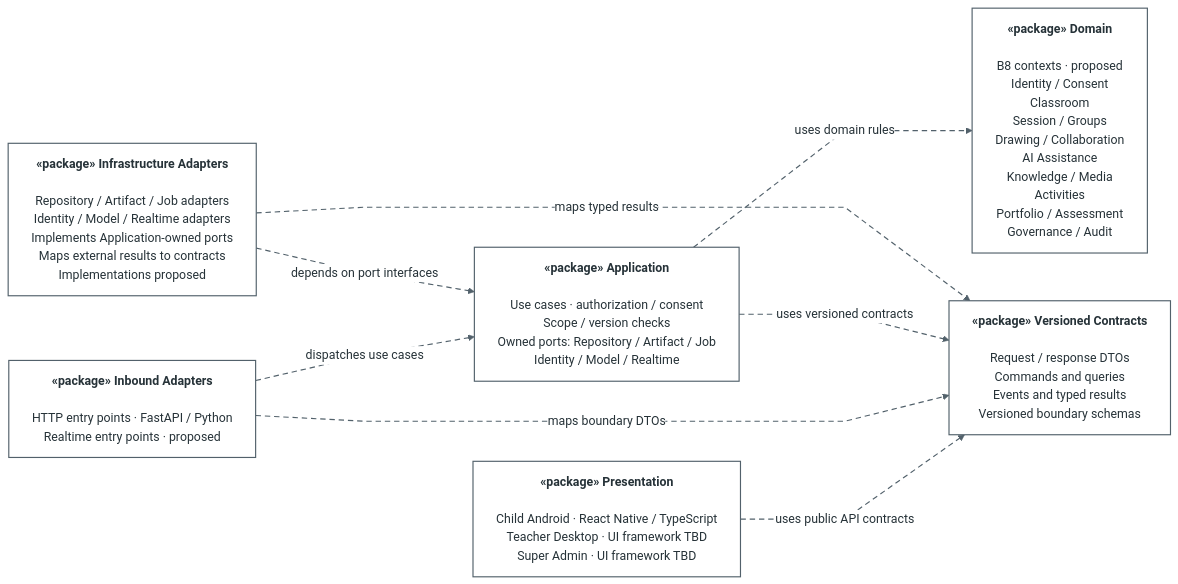
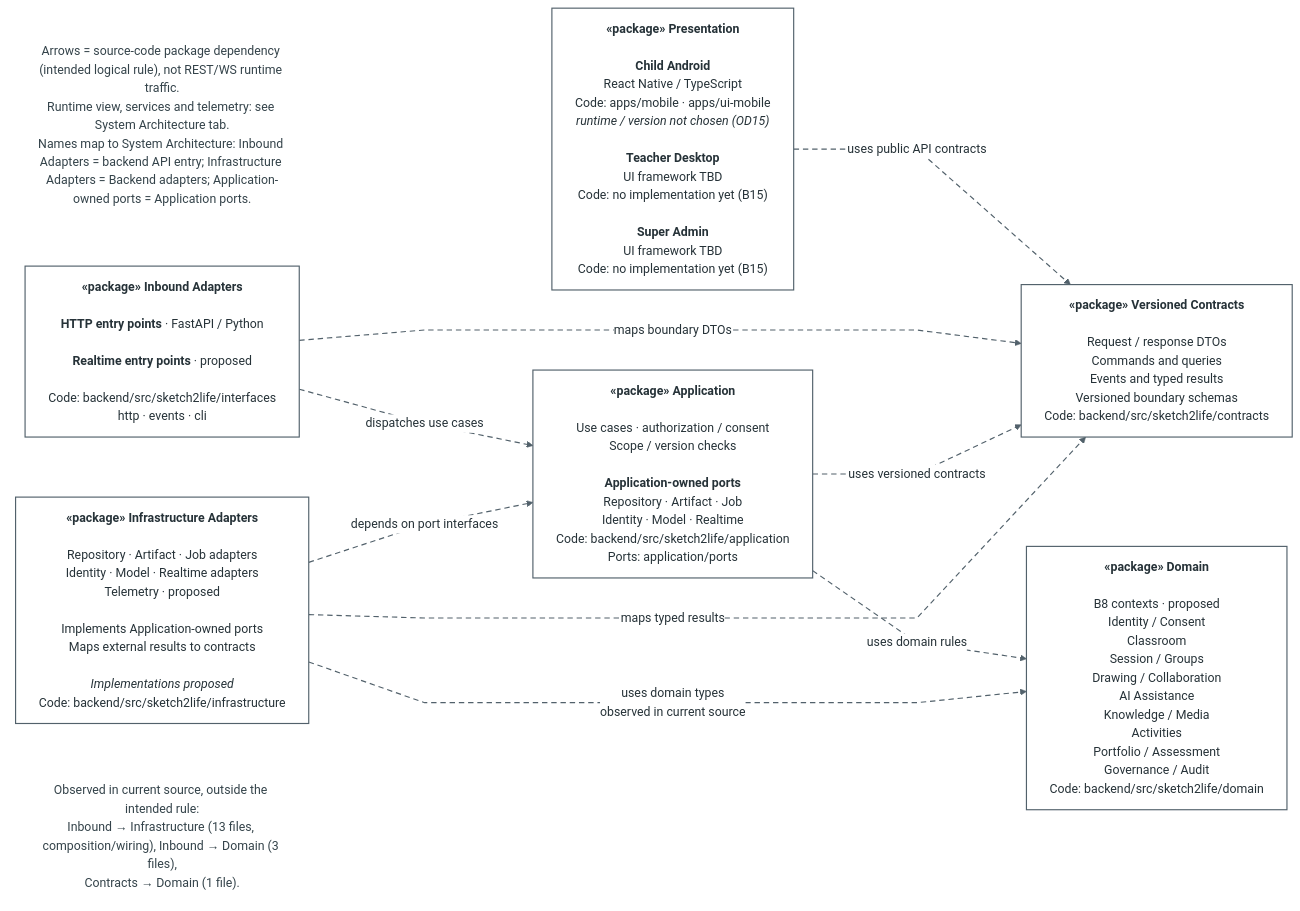
The diagram in features/FEAT-048-srs-diagram-pack/src/diagrams/package-diagram.mmd (CaoDat-2410/Sketch2Life), drawn with Mermaid before and after one commit.

Commit message:
fix(diagrams): align Package diagram with Architecture and source
Add the observed Infrastructure -> Domain edge, visible reading and
observed-deviation notes, verified Code: paths, and Telemetry (proposed).
Update header: six packages, eight edges, candidate Draw.io hashes.

```diff
--- a/features/FEAT-048-srs-diagram-pack/src/diagrams/package-diagram.mmd
+++ b/features/FEAT-048-srs-diagram-pack/src/diagrams/package-diagram.mmd
@@ -1,61 +1,73 @@
 ---
 config:
   theme: base
   look: classic
   flowchart:
     nodeSpacing: 60
     rankSpacing: 90
     curve: linear
     wrappingWidth: 340
   themeVariables:
     primaryColor: '#ffffff'
     primaryTextColor: '#263238'
     primaryBorderColor: '#ffffff'
     lineColor: '#52616b'
     clusterBkg: '#ffffff'
     clusterBorder: '#52616b'
     edgeLabelBackground: '#ffffff'
 ---
 %% Sketch2Life SRS v3.1 — Package Diagram, logical dependency view.
-%% SRS source: ../../../FEAT-029-master-srs/artifacts/Sketch2Life_Master_SRS.md ; B3/B8/B19.3, plus repository architecture layer/contract rules.
-%% Source register: collaborative-srs-v3-20261010. This is proposed logical decomposition, not a runtime/import/deployment inventory.
+%% SRS source: ../../../FEAT-029-master-srs/artifacts/Sketch2Life_Master_SRS.md ; B1.2/0.3, B3/B8/B15/B19.3, plus repository architecture layer/contract rules.
+%% Source register: collaborative-srs-v3-20261010. Intended logical rule plus one observed edge and an observed-deviation note.
 %% Draw.io: https://drive.google.com/file/d/1j-_R792jh-I1nC5B7FHwGDm3-yixPB6x/view ; tab Package Diagram.
-%% Draw.io artifact SHA-256: 371a32346bfafcdb1298bf3eae4637b6fb349e1cfc70f88ef7ad5d6a0314c6eb; exact Drive readback verified 2026-10-23.
-%% Package page XML SHA-256: 76bf4637653015e45d4c4d9ac014c0053fcaca09d4c1df91044c16d10192f520 (exact UTF-8 <diagram>...</diagram> fragment, excluding surrounding whitespace).
-%% Six packages; seven principal dependency signatures. Labeled package rectangles and flowchart arrow glyphs stand in for native UML folders/open dependencies.
-%% Every dashed open arrow is package dependence, not REST/WS traffic. No package-to-package realization is implied.
+%% Draw.io CANDIDATE artifact SHA-256: da30beb20157b313b89d1f761e8db2d8f47e0a83a3ce90de9554c912dc928313 (file Khoa_Sketch2Life_SRS_v3.1_Diagrams.drawio from the Package fix, built on an input file with SHA-256 70cc324d736dcef0d19b8b18196fc31904ed8e0c5ebe7676a8b14d0476dc0cbd; not yet uploaded to or read back from Drive; update this line then).
+%% Package page XML SHA-256: 50714aa3601f5f5ac66f1fe364a3396d1daa013a076ec7279b2d532c7f2aa465 (exact UTF-8 <diagram>...</diagram> fragment, excluding surrounding whitespace).
+%% Six packages; eight dependency signatures. Labeled package rectangles and flowchart arrow glyphs stand in for native UML folders/open dependencies.
+%% Every dashed open arrow is source-code package dependency, not REST/WS runtime traffic. No package-to-package realization is implied.
 %% Presentation relies on versioned public API contracts; this does not require shared compiled client/backend code.
-%% Domain has no dependency on UI, frameworks, providers, storage or contracts. Application owns its six port interfaces.
+%% Domain has no dependency on UI, frameworks, providers, storage or contracts. Application owns its port interfaces.
+%% Infrastructure -> Domain is observed in current source (3 files); other observed deviations appear in the note node, not as edges.
 %% The three product surfaces and Android React Native / TypeScript and FastAPI / Python facts are confirmed.
-%% Teacher/Admin frameworks remain TBD. B8 contexts, realtime entry and adapter implementations remain proposed.
+%% Teacher/Admin frameworks remain TBD.
+%% Child Android, Teacher Desktop and Super Admin are confirmed surfaces. Teacher/Admin have no new implementation yet (B15).
+%% Child Android source contains apps/mobile (RN 0.87 skeleton) and apps/ui-mobile (Expo 52 / RN 0.76.9 demo); runtime/version choice remains open (OD15).
+%% B8 contexts, realtime entry points, telemetry and adapter implementations remain proposed.
 %% Contract boundary shapes are distinct from domain entities; provider/model responses must be mapped and validated.
-%% Runtime protocols, separate worker process and provider/candidate choices remain in System Architecture v2.
+%% Runtime protocols, separate worker process, telemetry and provider/candidate choices remain in the System Architecture tab.
+%% Names map to System Architecture: Inbound Adapters = backend API entry; Infrastructure Adapters = Backend adapters; Application-owned ports = Application ports.
 
 flowchart LR
-    PRESENTATION["<b>«package» Presentation</b><br/><br/>Child Android · React Native / TypeScript<br/>Teacher Desktop · UI framework TBD<br/>Super Admin · UI framework TBD"]
+    NOTE_READING["Arrows = source-code package dependency (intended logical rule), not REST/WS runtime traffic.<br/>Runtime view, services and telemetry: see System Architecture tab.<br/>Names map to System Architecture: Inbound Adapters = backend API entry; Infrastructure Adapters = Backend adapters; Application-owned ports = Application ports."]
 
-    INBOUND["<b>«package» Inbound Adapters</b><br/><br/>HTTP entry points · FastAPI / Python<br/>Realtime entry points · proposed"]
+    PRESENTATION["<b>«package» Presentation</b><br/><br/><b>Child Android</b><br/>React Native / TypeScript<br/><span style='color:#52616B;font-size:16px'>Code: apps/mobile · apps/ui-mobile</span><br/><i><span style='color:#52616B;font-size:16px'>runtime / version not chosen (OD15)</span></i><br/><br/><b>Teacher Desktop</b><br/>UI framework TBD<br/><span style='color:#52616B;font-size:16px'>Code: no implementation yet (B15)</span><br/><br/><b>Super Admin</b><br/>UI framework TBD<br/><span style='color:#52616B;font-size:16px'>Code: no implementation yet (B15)</span>"]
 
-    APPLICATION["<b>«package» Application</b><br/><br/>Use cases · authorization / consent<br/>Scope / version checks<br/>Owned ports: Repository / Artifact / Job<br/>Identity / Model / Realtime"]
+    INBOUND["<b>«package» Inbound Adapters</b><br/><br/><b>HTTP entry points</b> · FastAPI / Python<br/><br/><b>Realtime entry points</b> · proposed<br/><br/>Code: backend/src/sketch2life/interfaces<br/>http · events · cli"]
 
-    DOMAIN["<b>«package» Domain</b><br/><br/>B8 contexts · proposed<br/>Identity / Consent<br/>Classroom<br/>Session / Groups<br/>Drawing / Collaboration<br/>AI Assistance<br/>Knowledge / Media<br/>Activities<br/>Portfolio / Assessment<br/>Governance / Audit"]
+    APPLICATION["<b>«package» Application</b><br/><br/>Use cases · authorization / consent<br/>Scope / version checks<br/><br/><b>Application-owned ports</b><br/>Repository · Artifact · Job<br/>Identity · Model · Realtime<br/>Code: backend/src/sketch2life/application<br/>Ports: application/ports"]
 
-    CONTRACTS["<b>«package» Versioned Contracts</b><br/><br/>Request / response DTOs<br/>Commands and queries<br/>Events and typed results<br/>Versioned boundary schemas"]
+    DOMAIN["<b>«package» Domain</b><br/><br/>B8 contexts · proposed<br/>Identity / Consent<br/>Classroom<br/>Session / Groups<br/>Drawing / Collaboration<br/>AI Assistance<br/>Knowledge / Media<br/>Activities<br/>Portfolio / Assessment<br/>Governance / Audit<br/>Code: backend/src/sketch2life/domain"]
 
-    INFRASTRUCTURE["<b>«package» Infrastructure Adapters</b><br/><br/>Repository / Artifact / Job adapters<br/>Identity / Model / Realtime adapters<br/>Implements Application-owned ports<br/>Maps external results to contracts<br/>Implementations proposed"]
+    CONTRACTS["<b>«package» Versioned Contracts</b><br/><br/>Request / response DTOs<br/>Commands and queries<br/>Events and typed results<br/>Versioned boundary schemas<br/>Code: backend/src/sketch2life/contracts"]
+
+    INFRASTRUCTURE["<b>«package» Infrastructure Adapters</b><br/><br/>Repository · Artifact · Job adapters<br/>Identity · Model · Realtime adapters<br/>Telemetry · proposed<br/><br/>Implements Application-owned ports<br/>Maps external results to contracts<br/><br/><i>Implementations proposed</i><br/>Code: backend/src/sketch2life/infrastructure"]
+
+    NOTE_OBSERVED["Observed in current source, outside the intended rule:<br/>Inbound → Infrastructure (13 files, composition/wiring), Inbound → Domain (3 files),<br/>Contracts → Domain (1 file)."]
 
     PRESENTATION -.->|uses public API contracts| CONTRACTS
     INBOUND -.->|dispatches use cases| APPLICATION
     INBOUND -.->|maps boundary DTOs| CONTRACTS
     APPLICATION -.->|uses domain rules| DOMAIN
     APPLICATION -.->|uses versioned contracts| CONTRACTS
     INFRASTRUCTURE -.->|depends on port interfaces| APPLICATION
     INFRASTRUCTURE -.->|maps typed results| CONTRACTS
+    INFRASTRUCTURE -.->|"uses domain types<br/>observed in current source"| DOMAIN
 
     style PRESENTATION fill:#ffffff,stroke:#52616b,stroke-width:1.5px,color:#263238;
     style INBOUND fill:#ffffff,stroke:#52616b,stroke-width:1.5px,color:#263238;
     style APPLICATION fill:#ffffff,stroke:#52616b,stroke-width:1.5px,color:#263238;
     style DOMAIN fill:#ffffff,stroke:#52616b,stroke-width:1.5px,color:#263238;
     style CONTRACTS fill:#ffffff,stroke:#52616b,stroke-width:1.5px,color:#263238;
     style INFRASTRUCTURE fill:#ffffff,stroke:#52616b,stroke-width:1.5px,color:#263238;
+    style NOTE_READING fill:#ffffff,stroke:#ffffff,color:#34434a;
+    style NOTE_OBSERVED fill:#ffffff,stroke:#ffffff,color:#34434a;
     linkStyle default stroke:#52616b,stroke-width:1.5px,stroke-dasharray:7 5;
```
